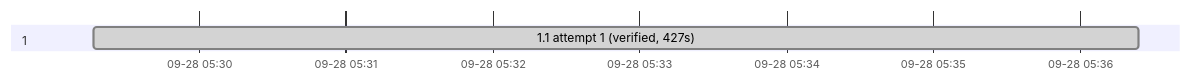
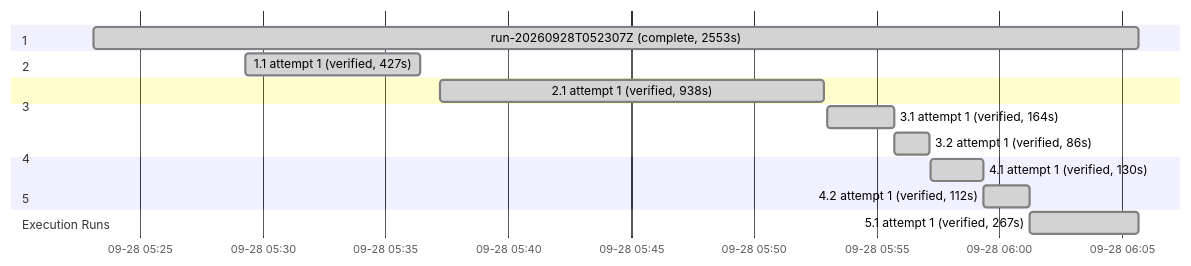
One commit to sohampatwardhan/Amtrak-GTFS-RT changed the second of 2 diagrams in .specs/track-assignments/05_execution.md. Above: the diagram before and after it, drawn with Mermaid. The commit also changed other lines of this file and 6 other files, not shown here.

````diff
--- a/.specs/track-assignments/05_execution.md
+++ b/.specs/track-assignments/05_execution.md
@@ -70,7 +119,19 @@
 ```mermaid
 gantt
     dateFormat YYYY-MM-DDTHH:mm:ss
     axisFormat %m-%d %H:%M
+    section Execution Runs
+    run-20260928T052307Z (complete, 2553s) :done, run_20260928T052307Z, 2026-09-28T05:23:07, 2026-09-28T06:05:40
     section 1
     1.1 attempt 1 (verified, 427s) :done, b_1_1_attempt1, 2026-09-28T05:29:17, 2026-09-28T05:36:24
+    section 2
+    2.1 attempt 1 (verified, 938s) :done, b_2_1_attempt1, 2026-09-28T05:37:14, 2026-09-28T05:52:52
+    section 3
+    3.1 attempt 1 (verified, 164s) :done, b_3_1_attempt1, 2026-09-28T05:53:00, 2026-09-28T05:55:44
+    3.2 attempt 1 (verified, 86s) :done, b_3_2_attempt1, 2026-09-28T05:55:44, 2026-09-28T05:57:10
+    section 4
+    4.1 attempt 1 (verified, 130s) :done, b_4_1_attempt1, 2026-09-28T05:57:11, 2026-09-28T05:59:21
+    4.2 attempt 1 (verified, 112s) :done, b_4_2_attempt1, 2026-09-28T05:59:21, 2026-09-28T06:01:13
+    section 5
+    5.1 attempt 1 (verified, 267s) :done, b_5_1_attempt1, 2026-09-28T06:01:13, 2026-09-28T06:05:40
 ```
````
